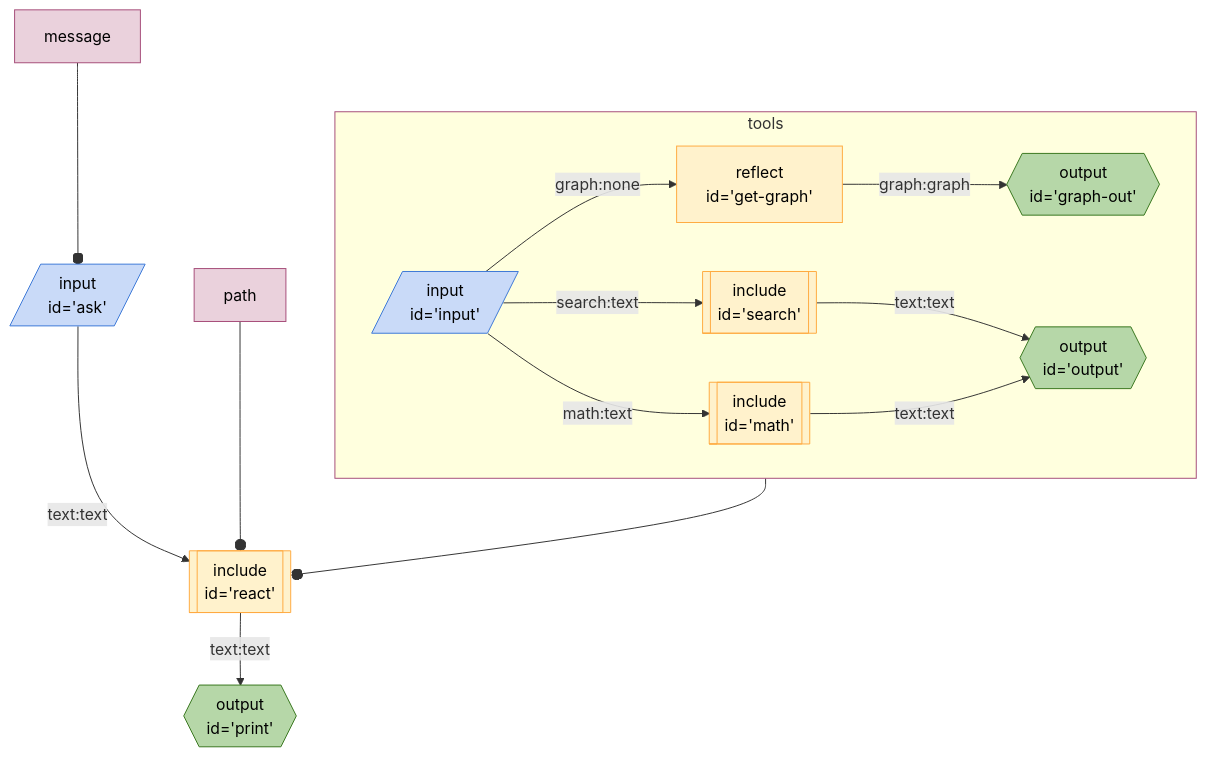
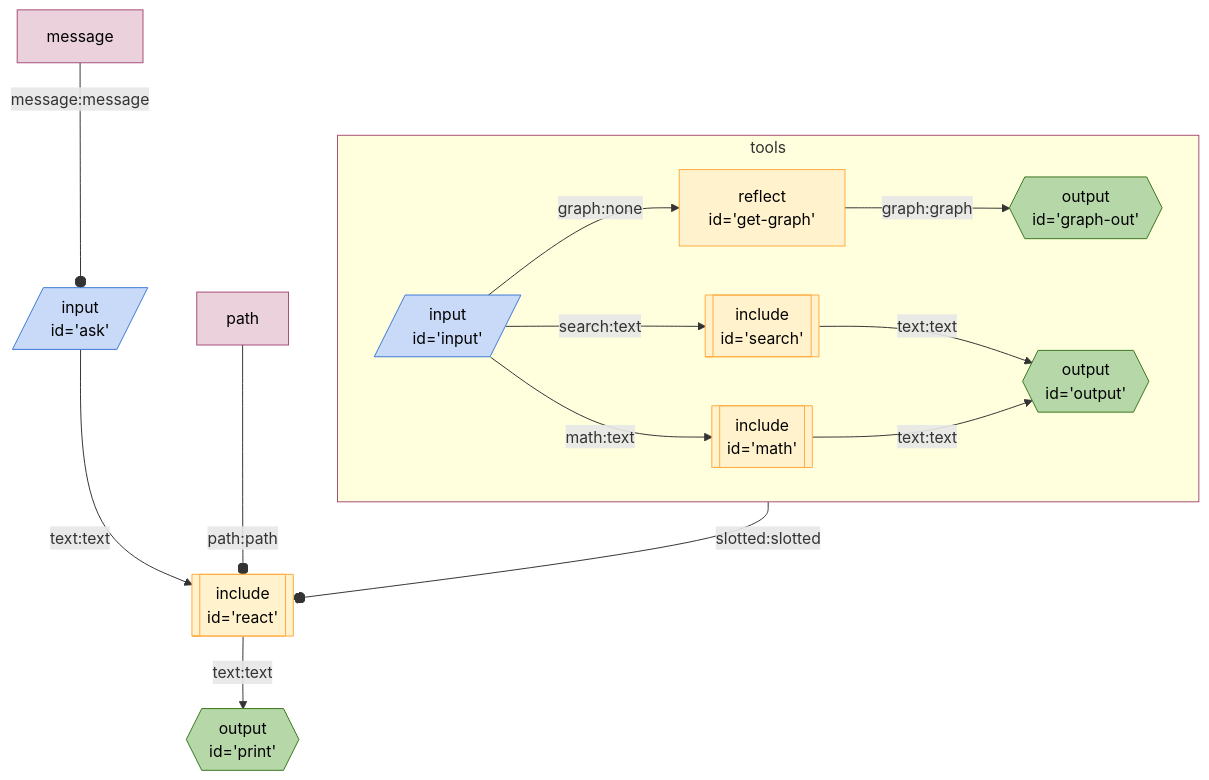
Before and after one commit to breadboard-ai/breadboard: the diagram in seeds/graph-playground/docs/graphs/call-react-with-slot.md, drawn with Mermaid. The commit also changed 13 other files, not shown here.

Commit message:
[graph] Add proper edge markers for constants.

````diff
--- a/seeds/graph-playground/docs/graphs/call-react-with-slot.md
+++ b/seeds/graph-playground/docs/graphs/call-react-with-slot.md
@@ -4,42 +4,42 @@
 ```mermaid
 %%{init: 'themeVariables': { 'fontFamily': 'Fira Code, monospace' }}%%
 graph TD;
 ask[/"input
 id='ask'"/]:::input -- text:text --> react[["include
 id='react'"]]:::include
 react[["include
 id='react'"]]:::include -- text:text --> print{{"output
 id='print'"}}:::output
 subgraph tools
 input[/"input
 id='input'"/]:::input -- math:text --> math[["include
 id='math'"]]:::include
 input[/"input
 id='input'"/]:::input -- graph:none --> getgraph["reflect
 id='get-graph'"]
 getgraph["reflect
 id='get-graph'"] -- graph:graph --> graphout{{"output
 id='graph-out'"}}:::output
 input[/"input
 id='input'"/]:::input -- search:text --> search[["include
 id='search'"]]:::include
 search[["include
 id='search'"]]:::include -- text:text --> output{{"output
 id='output'"}}:::output
 math[["include
 id='math'"]]:::include -- text:text --> output{{"output
 id='output'"}}:::output
 end
-tools:::slotted --o react
+tools:::slotted --slotted:slotted--o react
 
-messageask[message]:::config --o ask
-pathreact[path]:::config --o react
+messageask[message]:::config -- message:message --o ask
+pathreact[path]:::config -- path:path --o react
 
 classDef default stroke:#ffab40,fill:#fff2ccff,color:#000
 classDef input stroke:#3c78d8,fill:#c9daf8ff,color:#000
 classDef output stroke:#38761d,fill:#b6d7a8ff,color:#000
 classDef passthrough stroke:#a64d79,fill:#ead1dcff,color:#000
 classDef slot stroke:#a64d79,fill:#ead1dcff,color:#000
 classDef config stroke:#a64d79,fill:#ead1dcff,color:#000
 classDef slotted stroke:#a64d79
 ```
````
